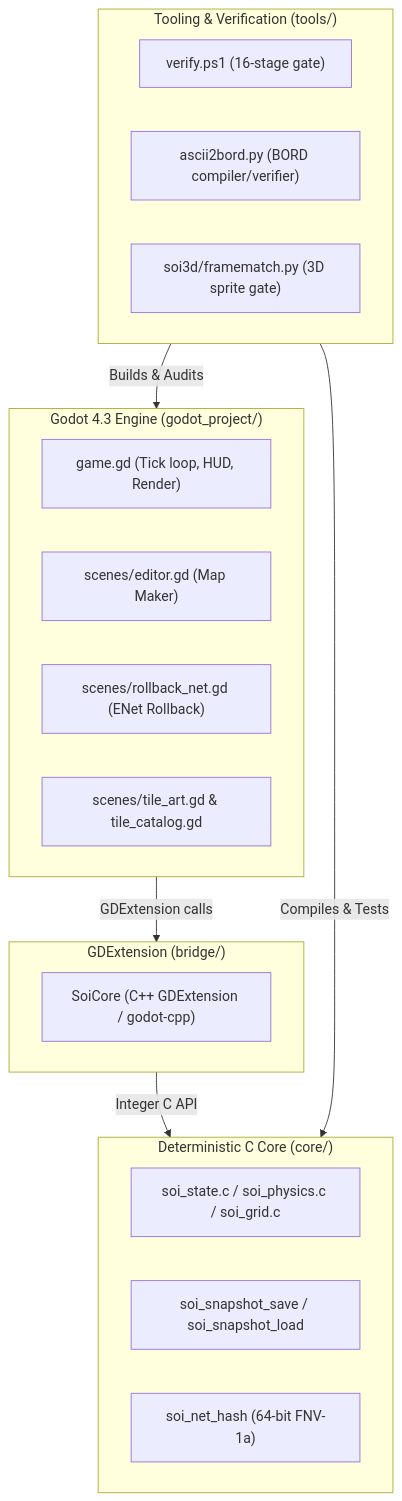
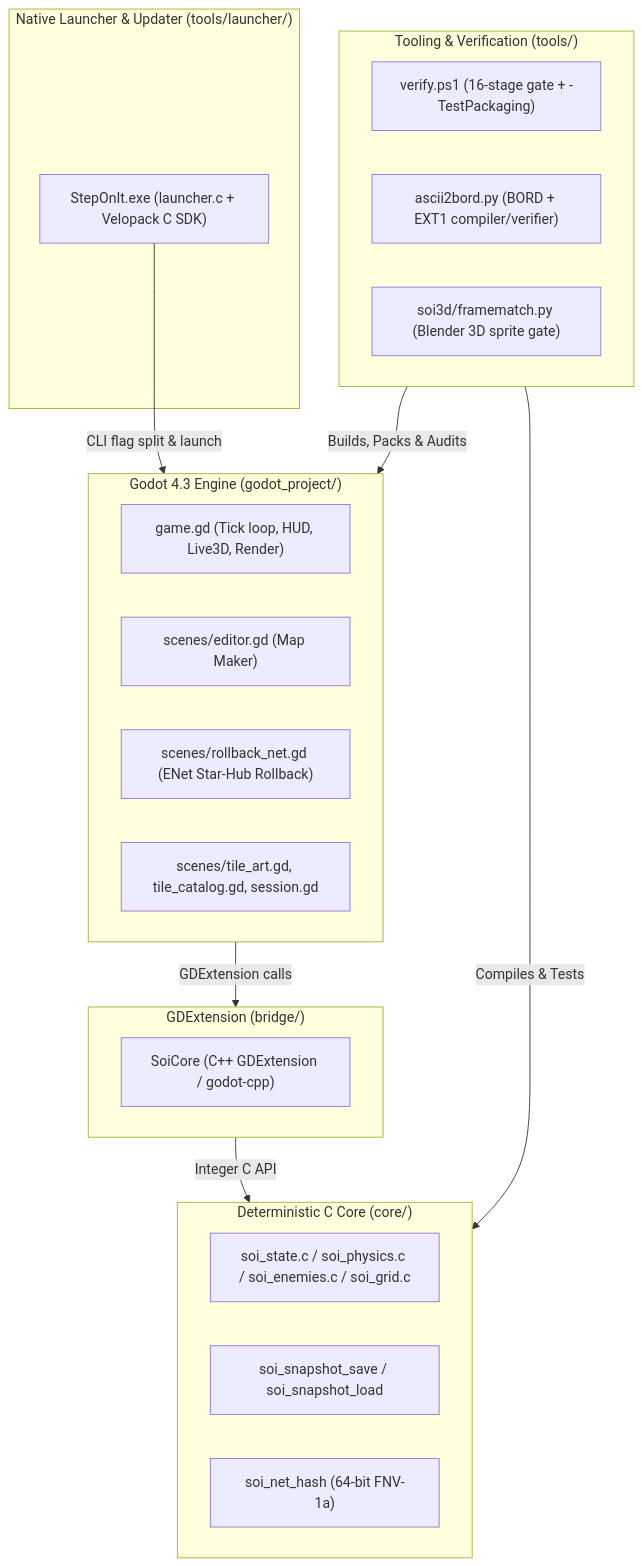
The diagram in AGENTS.md (seanstappas/step-on-it-remastered), drawn with Mermaid before and after one commit. The commit also changed other lines of this file and 5 other files, not shown here.

Commit message:
docs & fix: Route editor/TileArt paths via Session.ext_path and finalize cold-start AGENTS.md handoff

````diff
--- a/AGENTS.md
+++ b/AGENTS.md
@@ -13,30 +13,35 @@
 ```mermaid
 flowchart TD
+    subgraph Dist["Native Launcher & Updater (tools/launcher/)"]
+        Launcher["StepOnIt.exe (launcher.c + Velopack C SDK)"]
+    end
+
     subgraph Frontend["Godot 4.3 Engine (godot_project/)"]
-        Game["game.gd (Tick loop, HUD, Render)"]
+        Game["game.gd (Tick loop, HUD, Live3D, Render)"]
         Editor["scenes/editor.gd (Map Maker)"]
-        Net["scenes/rollback_net.gd (ENet Rollback)"]
-        Art["scenes/tile_art.gd & tile_catalog.gd"]
+        Net["scenes/rollback_net.gd (ENet Star-Hub Rollback)"]
+        Art["scenes/tile_art.gd, tile_catalog.gd, session.gd"]
     end
 
     subgraph Bridge["GDExtension (bridge/)"]
         SoiBridge["SoiCore (C++ GDExtension / godot-cpp)"]
     end
 
     subgraph Core["Deterministic C Core (core/)"]
-        Sim["soi_state.c / soi_physics.c / soi_grid.c"]
+        Sim["soi_state.c / soi_physics.c / soi_enemies.c / soi_grid.c"]
         Rollback["soi_snapshot_save / soi_snapshot_load"]
         Hash["soi_net_hash (64-bit FNV-1a)"]
     end
 
     subgraph Tools["Tooling & Verification (tools/)"]
-        Verify["verify.ps1 (16-stage gate)"]
-        Ascii["ascii2bord.py (BORD compiler/verifier)"]
-        Framematch["soi3d/framematch.py (3D sprite gate)"]
+        Verify["verify.ps1 (16-stage gate + -TestPackaging)"]
+        Ascii["ascii2bord.py (BORD + EXT1 compiler/verifier)"]
+        Framematch["soi3d/framematch.py (Blender 3D sprite gate)"]
     end
 
+    Launcher -->|CLI flag split & launch| Frontend
     Frontend -->|GDExtension calls| Bridge
     Bridge -->|Integer C API| Core
     Tools -->|Compiles & Tests| Core
-    Tools -->|Builds & Audits| Frontend
+    Tools -->|Builds, Packs & Audits| Frontend
 ```
````
